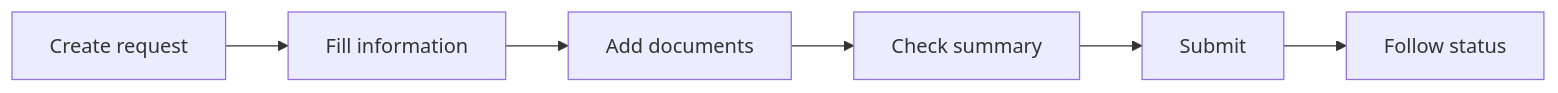
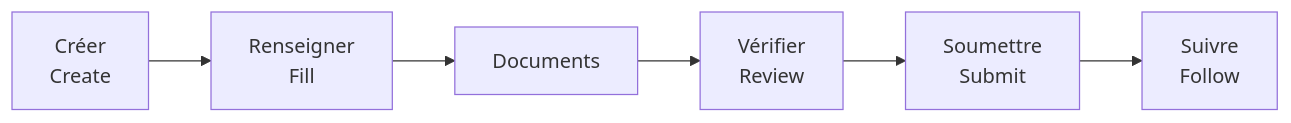
Before and after one commit to jeffersonkuku/jefferson-Mawapanga-Saku: the first of 2 diagrams in projects/power-platform-ticketing-system/docs/USER_JOURNEY.md, drawn with Mermaid. The commit also changed other lines of this file and 13 other files, not shown here.

````diff
--- a/projects/power-platform-ticketing-system/docs/USER_JOURNEY.md
+++ b/projects/power-platform-ticketing-system/docs/USER_JOURNEY.md
@@ -11,8 +7,8 @@
 ```mermaid
 flowchart LR
-    A[Create request] --> B[Fill information]
-    B --> C[Add documents]
-    C --> D[Check summary]
-    D --> E[Submit]
-    E --> F[Follow status]
+    A[Créer<br/>Create] --> B[Renseigner<br/>Fill]
+    B --> C[Documents]
+    C --> D[Vérifier<br/>Review]
+    D --> E[Soumettre<br/>Submit]
+    E --> F[Suivre<br/>Follow]
 ```
````
